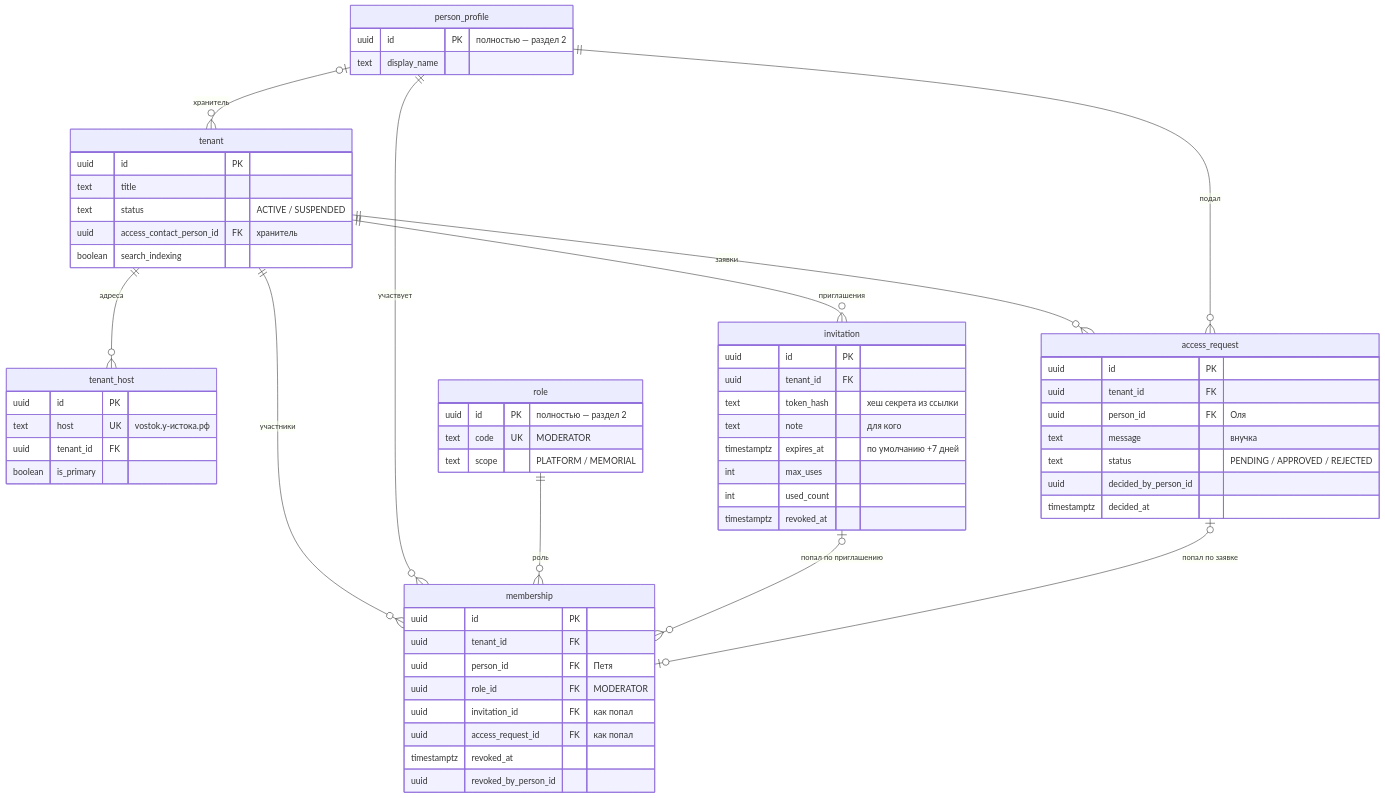
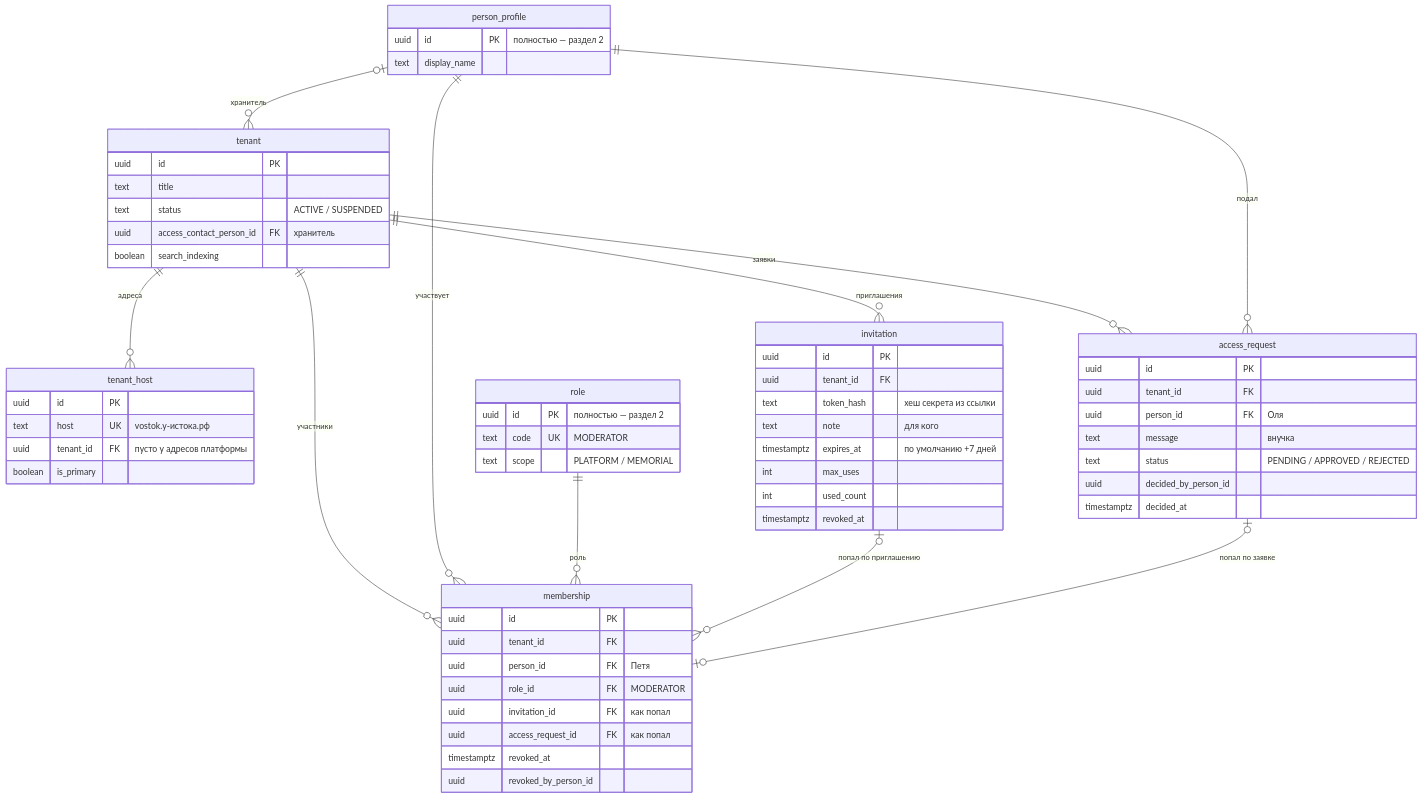
One commit to KiraKhvan/memory_docs changed the fourth of 6 diagrams in domain_model/Access-schema.md. Above: the diagram before and after it, drawn with Mermaid. The commit also changed other lines of this file and 2 other files, not shown here.

Commit message:
Access decisions: 56 reworked, platform and admin addresses are TenantHost rows without a memorial

````diff
--- a/domain_model/Access-schema.md
+++ b/domain_model/Access-schema.md
@@ -150,64 +150,64 @@
 ```mermaid
 erDiagram
     tenant ||--o{ tenant_host : "адреса"
     tenant ||--o{ membership : "участники"
     person_profile ||--o{ membership : "участвует"
     role ||--o{ membership : "роль"
     tenant ||--o{ invitation : "приглашения"
     invitation |o--o{ membership : "попал по приглашению"
     tenant ||--o{ access_request : "заявки"
     person_profile ||--o{ access_request : "подал"
     access_request |o--o| membership : "попал по заявке"
     person_profile |o--o{ tenant : "хранитель"
     tenant {
         uuid id PK
         text title
         text status "ACTIVE / SUSPENDED"
         uuid access_contact_person_id FK "хранитель"
         boolean search_indexing
     }
     tenant_host {
         uuid id PK
         text host UK "vostok.у-истока.рф"
-        uuid tenant_id FK
+        uuid tenant_id FK "пусто у адресов платформы"
         boolean is_primary
     }
     membership {
         uuid id PK
         uuid tenant_id FK
         uuid person_id FK "Петя"
         uuid role_id FK "MODERATOR"
         uuid invitation_id FK "как попал"
         uuid access_request_id FK "как попал"
         timestamptz revoked_at
         uuid revoked_by_person_id
     }
     invitation {
         uuid id PK
         uuid tenant_id FK
         text token_hash "хеш секрета из ссылки"
         text note "для кого"
         timestamptz expires_at "по умолчанию +7 дней"
         int max_uses
         int used_count
         timestamptz revoked_at
     }
     access_request {
         uuid id PK
         uuid tenant_id FK
         uuid person_id FK "Оля"
         text message "внучка"
         text status "PENDING / APPROVED / REJECTED"
         uuid decided_by_person_id
         timestamptz decided_at
     }
     person_profile {
         uuid id PK "полностью — раздел 2"
         text display_name
     }
     role {
         uuid id PK "полностью — раздел 2"
         text code UK "MODERATOR"
         text scope "PLATFORM / MEMORIAL"
     }
 ```
````
